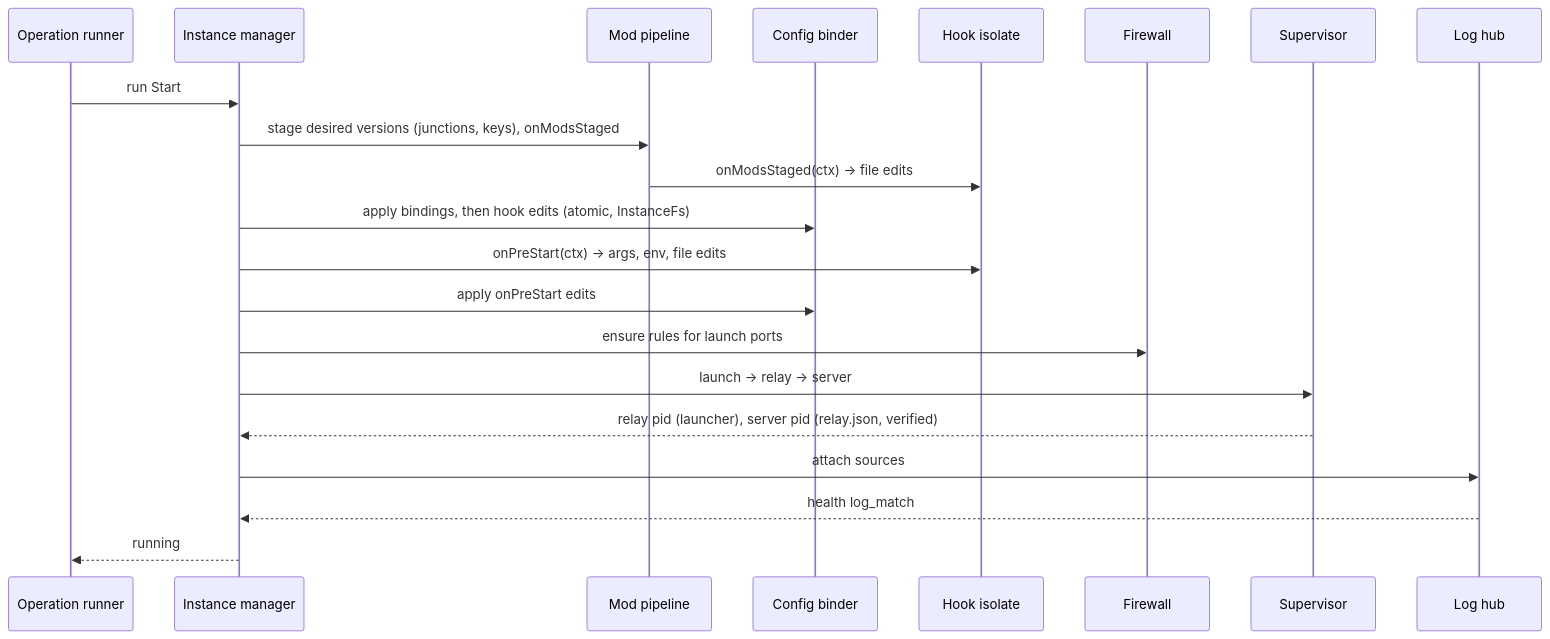
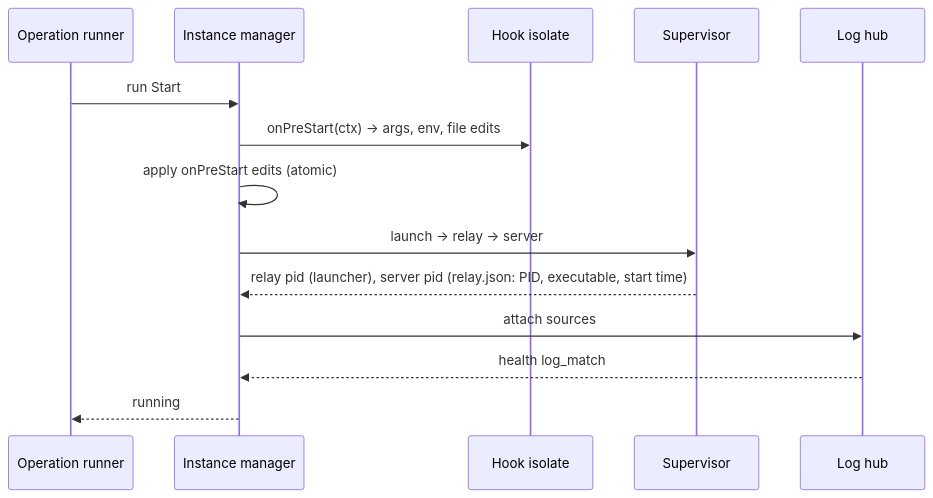
One commit to sh1ny/yagura changed the second of 3 diagrams in openspec/changes/init-core-platform/design.md. Above: the diagram before and after it, drawn with Mermaid. The commit also changed other lines of this file and 14 other files, not shown here.

````diff
--- a/openspec/changes/init-core-platform/design.md
+++ b/openspec/changes/init-core-platform/design.md
@@ -219,23 +189,16 @@
 ```mermaid
 sequenceDiagram
   participant R as Operation runner
   participant I as Instance manager
-  participant M as Mod pipeline
-  participant B as Config binder
   participant H as Hook isolate
-  participant F as Firewall
   participant P as Supervisor
   participant L as Log hub
   R->>I: run Start
-  I->>M: stage desired versions (junctions, keys), onModsStaged
-  M->>H: onModsStaged(ctx) -> file edits
-  I->>B: apply bindings, then hook edits (atomic, InstanceFs)
   I->>H: onPreStart(ctx) -> args, env, file edits
-  I->>B: apply onPreStart edits
-  I->>F: ensure rules for launch ports
+  I->>I: apply onPreStart edits (atomic)
   I->>P: launch -> relay -> server
-  P-->>I: relay pid (launcher), server pid (relay.json, verified)
+  P-->>I: relay pid (launcher), server pid (relay.json: PID, executable, start time)
   I->>L: attach sources
   L-->>I: health log_match
   I-->>R: running
 ```
````
